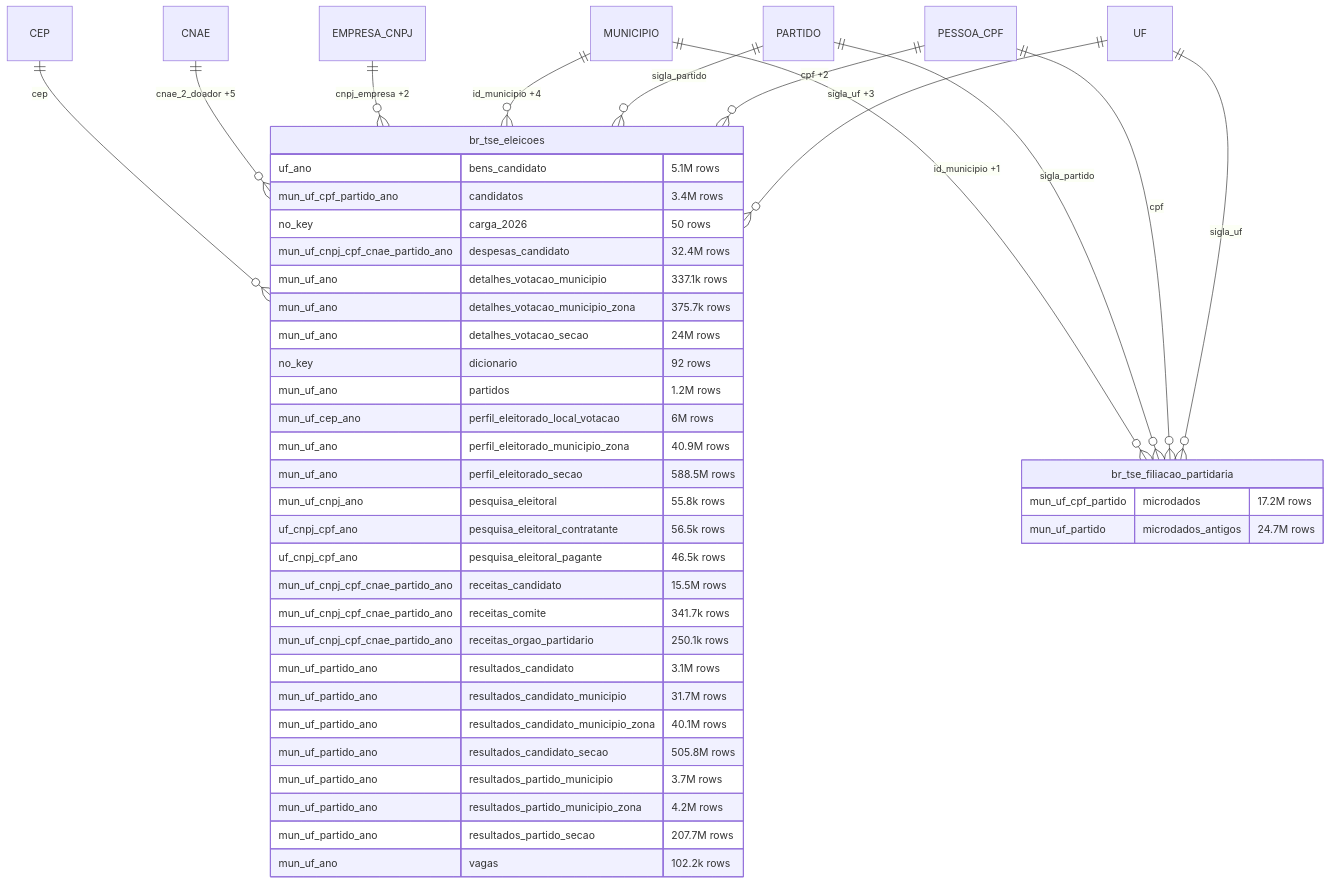
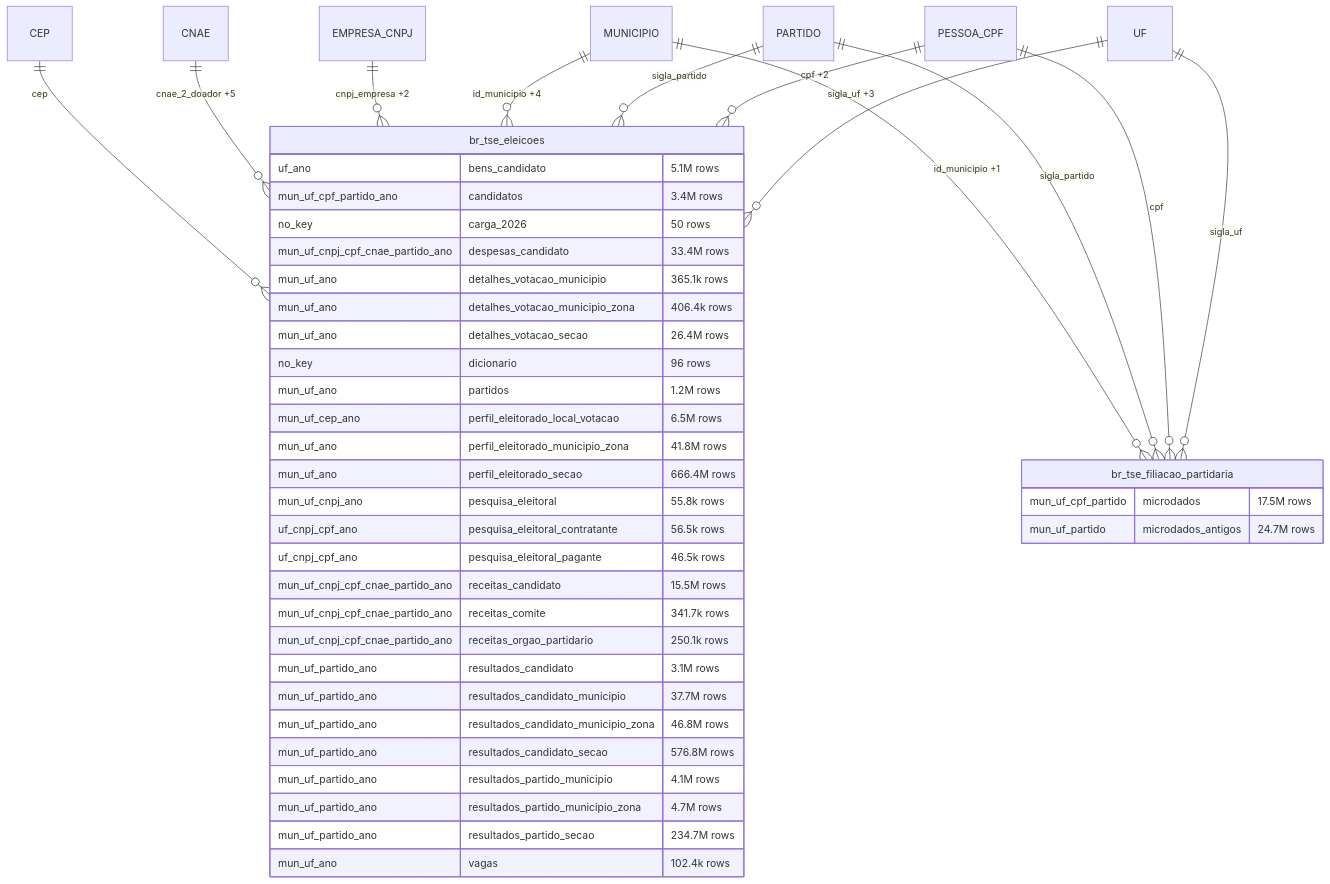
One commit to rafapolo/rodado changed diagram 19 of 30 in docs/mapa/ERD_EN.md. Above: the diagram before and after it, drawn with Mermaid. The commit also changed other lines of this file and 7 other files, not shown here.

````diff
--- a/docs/mapa/ERD_EN.md
+++ b/docs/mapa/ERD_EN.md
@@ -1593,46 +1738,46 @@
 ```mermaid
 erDiagram
     CEP ||--o{ br_tse_eleicoes : "cep"
     CNAE ||--o{ br_tse_eleicoes : "cnae_2_doador +5"
     EMPRESA_CNPJ ||--o{ br_tse_eleicoes : "cnpj_empresa +2"
     MUNICIPIO ||--o{ br_tse_eleicoes : "id_municipio +4"
     PARTIDO ||--o{ br_tse_eleicoes : "sigla_partido"
     PESSOA_CPF ||--o{ br_tse_eleicoes : "cpf +2"
     UF ||--o{ br_tse_eleicoes : "sigla_uf +3"
     MUNICIPIO ||--o{ br_tse_filiacao_partidaria : "id_municipio +1"
     PARTIDO ||--o{ br_tse_filiacao_partidaria : "sigla_partido"
     PESSOA_CPF ||--o{ br_tse_filiacao_partidaria : "cpf"
     UF ||--o{ br_tse_filiacao_partidaria : "sigla_uf"
     br_tse_eleicoes {
         uf_ano bens_candidato "5.1M rows"
         mun_uf_cpf_partido_ano candidatos "3.4M rows"
         no_key carga_2026 "50 rows"
-        mun_uf_cnpj_cpf_cnae_partido_ano despesas_candidato "32.4M rows"
-        mun_uf_ano detalhes_votacao_municipio "337.1k rows"
-        mun_uf_ano detalhes_votacao_municipio_zona "375.7k rows"
-        mun_uf_ano detalhes_votacao_secao "24M rows"
-        no_key dicionario "92 rows"
+        mun_uf_cnpj_cpf_cnae_partido_ano despesas_candidato "33.4M rows"
+        mun_uf_ano detalhes_votacao_municipio "365.1k rows"
+        mun_uf_ano detalhes_votacao_municipio_zona "406.4k rows"
+        mun_uf_ano detalhes_votacao_secao "26.4M rows"
+        no_key dicionario "96 rows"
         mun_uf_ano partidos "1.2M rows"
-        mun_uf_cep_ano perfil_eleitorado_local_votacao "6M rows"
-        mun_uf_ano perfil_eleitorado_municipio_zona "40.9M rows"
-        mun_uf_ano perfil_eleitorado_secao "588.5M rows"
+        mun_uf_cep_ano perfil_eleitorado_local_votacao "6.5M rows"
+        mun_uf_ano perfil_eleitorado_municipio_zona "41.8M rows"
+        mun_uf_ano perfil_eleitorado_secao "666.4M rows"
         mun_uf_cnpj_ano pesquisa_eleitoral "55.8k rows"
         uf_cnpj_cpf_ano pesquisa_eleitoral_contratante "56.5k rows"
         uf_cnpj_cpf_ano pesquisa_eleitoral_pagante "46.5k rows"
         mun_uf_cnpj_cpf_cnae_partido_ano receitas_candidato "15.5M rows"
         mun_uf_cnpj_cpf_cnae_partido_ano receitas_comite "341.7k rows"
         mun_uf_cnpj_cpf_cnae_partido_ano receitas_orgao_partidario "250.1k rows"
         mun_uf_partido_ano resultados_candidato "3.1M rows"
-        mun_uf_partido_ano resultados_candidato_municipio "31.7M rows"
-        mun_uf_partido_ano resultados_candidato_municipio_zona "40.1M rows"
-        mun_uf_partido_ano resultados_candidato_secao "505.8M rows"
-        mun_uf_partido_ano resultados_partido_municipio "3.7M rows"
-        mun_uf_partido_ano resultados_partido_municipio_zona "4.2M rows"
-        mun_uf_partido_ano resultados_partido_secao "207.7M rows"
-        mun_uf_ano vagas "102.2k rows"
+        mun_uf_partido_ano resultados_candidato_municipio "37.7M rows"
+        mun_uf_partido_ano resultados_candidato_municipio_zona "46.8M rows"
+        mun_uf_partido_ano resultados_candidato_secao "576.8M rows"
+        mun_uf_partido_ano resultados_partido_municipio "4.1M rows"
+        mun_uf_partido_ano resultados_partido_municipio_zona "4.7M rows"
+        mun_uf_partido_ano resultados_partido_secao "234.7M rows"
+        mun_uf_ano vagas "102.4k rows"
     }
     br_tse_filiacao_partidaria {
-        mun_uf_cpf_partido microdados "17.2M rows"
+        mun_uf_cpf_partido microdados "17.5M rows"
         mun_uf_partido microdados_antigos "24.7M rows"
     }
 ```
````
